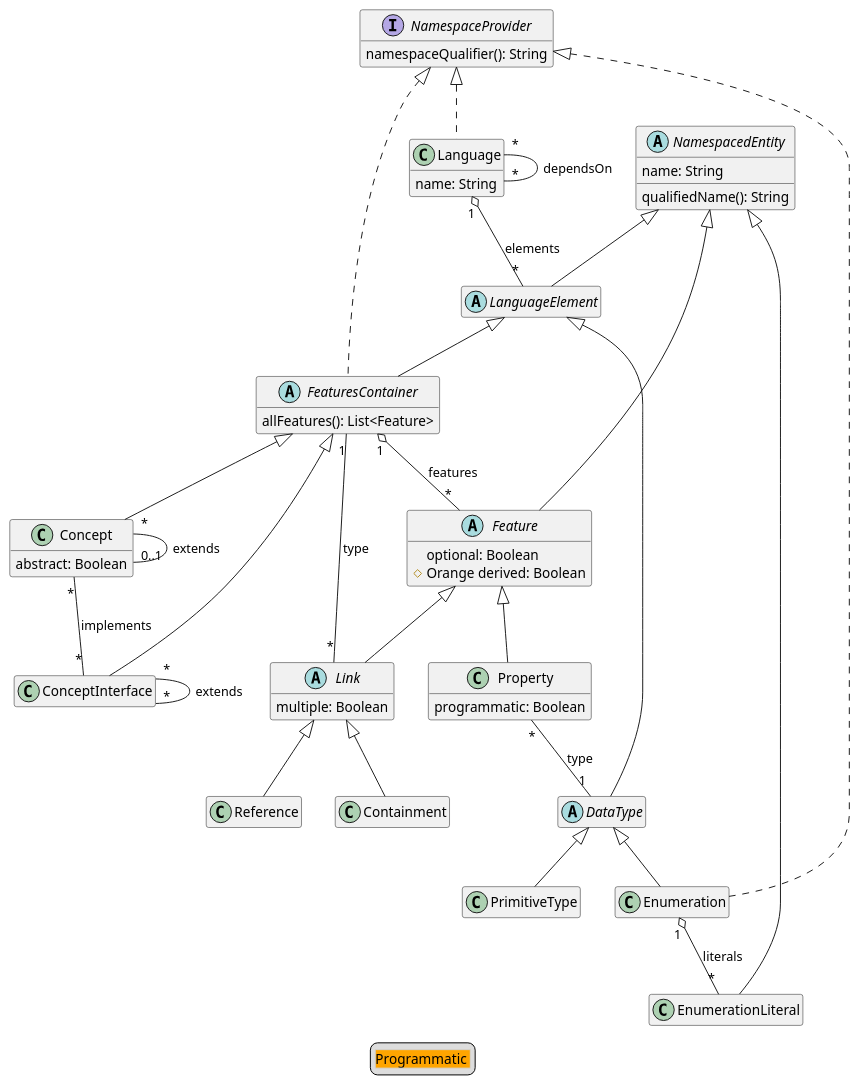
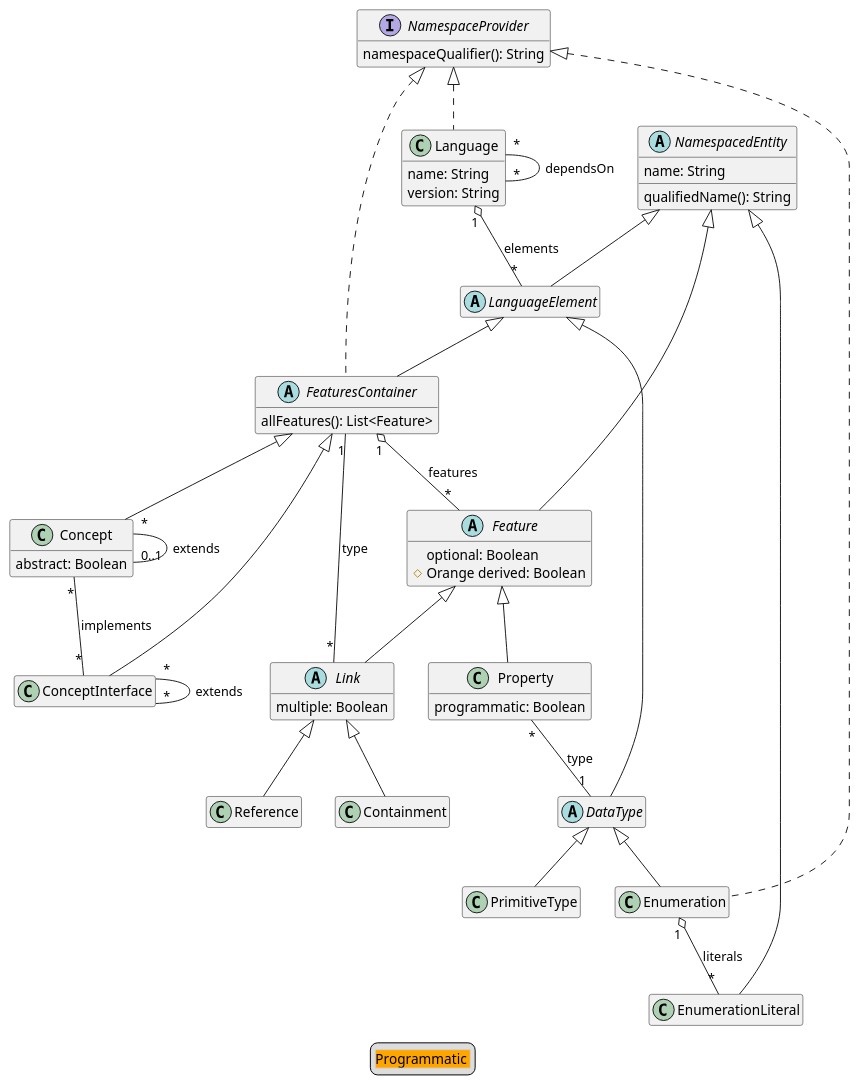
Before and after one commit to LionWeb-io/lionweb-typescript: the diagram in diagrams/metametamodel-gen.puml, drawn with PlantUML. The commit also changed 14 other files, not shown here.

```diff
--- a/diagrams/metametamodel-gen.puml
+++ b/diagrams/metametamodel-gen.puml
@@ -1,83 +1,84 @@
 @startuml
 hide empty members
 
 ' qualified name: "LIonCore.M3"
 
 
 class Concept extends FeaturesContainer {
   abstract: Boolean
 }
 
 class ConceptInterface extends FeaturesContainer
 
 class Containment extends Link
 
 abstract class DataType extends LanguageElement
 
 class Enumeration extends DataType implements NamespaceProvider
 
 class EnumerationLiteral extends NamespacedEntity
 
 abstract class Feature extends NamespacedEntity {
   optional: Boolean
   #Orange derived: Boolean
 }
 
 abstract class FeaturesContainer extends LanguageElement implements NamespaceProvider {
   allFeatures(): List<Feature>
 }
 
 class Language implements NamespaceProvider {
   name: String
+  version: String
 }
 
 abstract class LanguageElement extends NamespacedEntity
 
 abstract class Link extends Feature {
   multiple: Boolean
 }
 
 interface NamespaceProvider {
   namespaceQualifier(): String
 }
 
 abstract class NamespacedEntity {
   name: String
   qualifiedName(): String
 }
 
 class PrimitiveType extends DataType
 
 class Property extends Feature {
   programmatic: Boolean
 }
 
 class Reference extends Link
 
 
 
 ' relations:
 
 Concept "*" -- "0..1" Concept: extends
 Concept "*" -- "*" ConceptInterface: implements
 ConceptInterface "*" -- "*" ConceptInterface: extends
 
 
 Enumeration "1" o-- "*" EnumerationLiteral: literals
 
 
 FeaturesContainer "1" o-- "*" Feature: features
 Language "1" o-- "*" LanguageElement: elements
 Language "*" -- "*" Language: dependsOn
 
 Link "*" -- "1" FeaturesContainer: type
 
 
 
 Property "*" -- "1" DataType: type
 
 
 legend
   <#LightGray,#LightGray>| <#Orange>Programmatic |
 end legend
 @enduml
```
